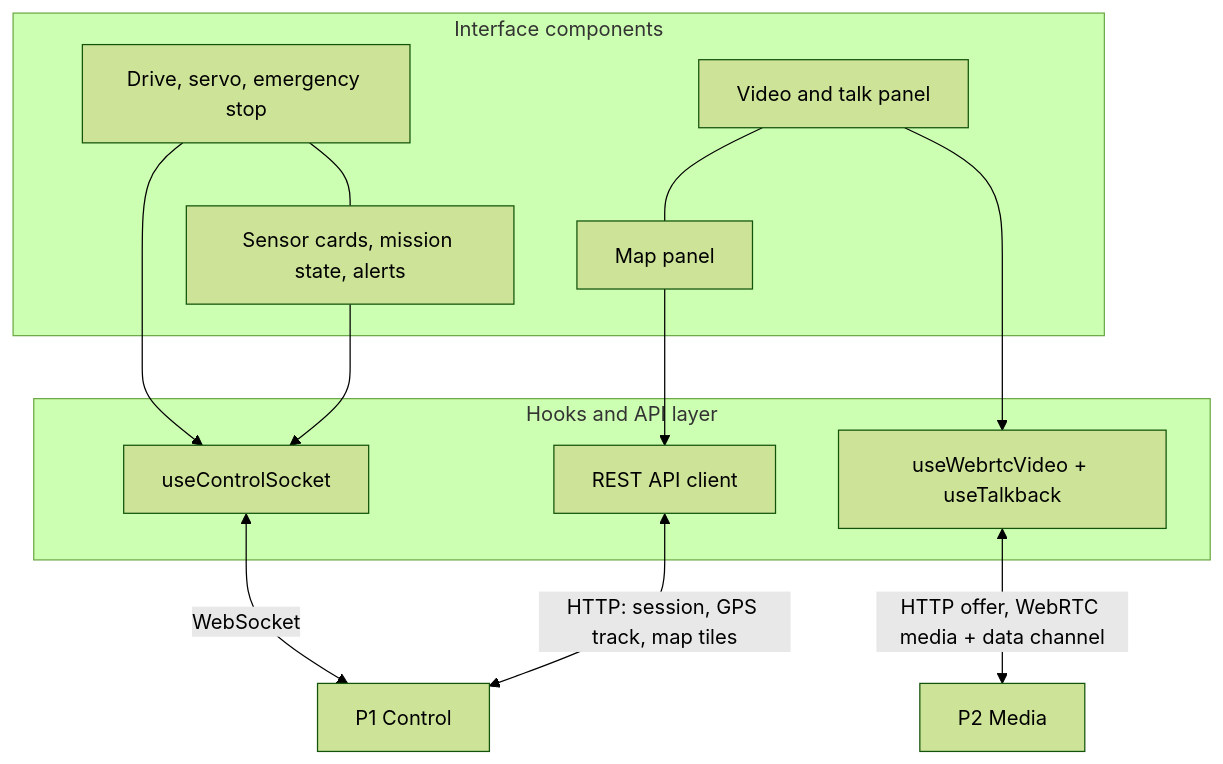
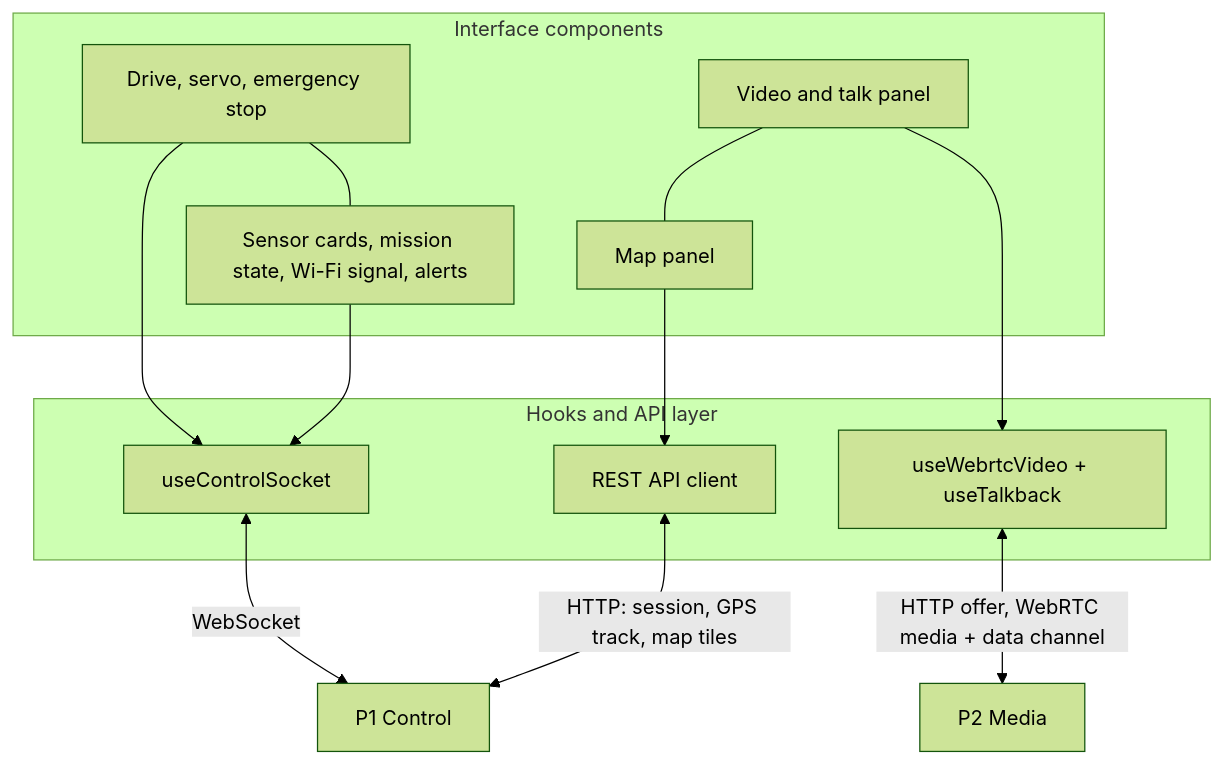
One commit to baiust999/robort-code-from-pi changed the seventh of 20 diagrams in research paper/RESEARCH PAPER.md. Above: the diagram before and after it, drawn with Mermaid (forest theme). The commit also changed other lines of this file and 11 other files, not shown here.

````diff
--- a/research paper/RESEARCH PAPER.md
+++ b/research paper/RESEARCH PAPER.md
@@ -419,19 +420,19 @@
 ```mermaid
 flowchart TB
   subgraph UI["Interface components"]
-    DC["Drive, servo, emergency stop"] --- SC["Sensor cards, mission state, alerts"]
+    DC["Drive, servo, emergency stop"] --- SC["Sensor cards, mission state, Wi-Fi signal, alerts"]
     VS["Video and talk panel"] --- MP["Map panel"]
   end
   subgraph HK["Hooks and API layer"]
     CS["useControlSocket"]
     WV["useWebrtcVideo + useTalkback"]
     API["REST API client"]
   end
   DC --> CS
   SC --> CS
   VS --> WV
   MP --> API
   CS <-- "WebSocket" --> P1["P1 Control"]
   API <-- "HTTP: session, GPS track, map tiles" --> P1
   WV <-- "HTTP offer, WebRTC media + data channel" --> P2["P2 Media"]
 ```
````
